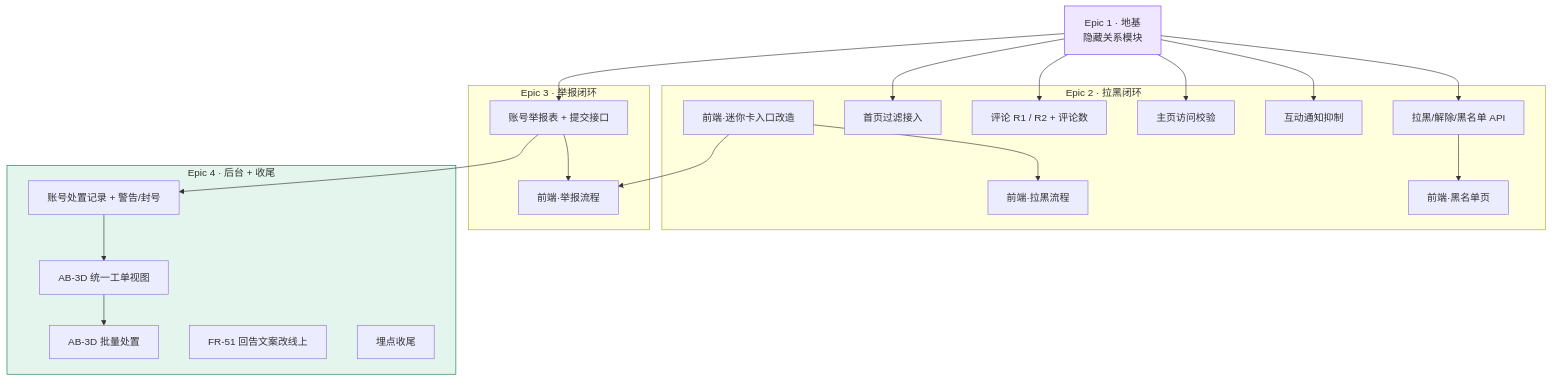
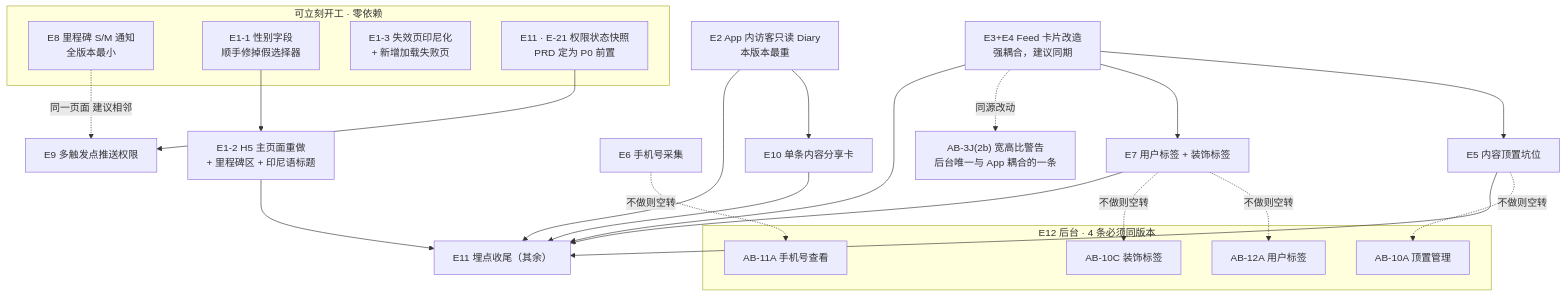
One commit to DaiHanWei/petgo-platform changed the diagram in _bmad-output/planning-artifacts/v1.1.4/工作拆分预览.md. Above: the diagram before and after it, drawn with Mermaid. The commit also changed other lines of this file and 10 other files, not shown here.

````diff
--- a/_bmad-output/planning-artifacts/v1.1.4/工作拆分预览.md
+++ b/_bmad-output/planning-artifacts/v1.1.4/工作拆分预览.md
@@ -24,37 +208,47 @@
 ```mermaid
-flowchart TD
-    E1["Epic 1 · 地基<br/>隐藏关系模块"]
-
-    subgraph E2["Epic 2 · 拉黑闭环"]
-        S3["拉黑/解除/黑名单 API"]
-        S4["首页过滤接入"]
-        S5["评论 R1 / R2 + 评论数"]
-        S6["主页访问校验"]
-        S7["互动通知抑制"]
-        S12["前端·迷你卡入口改造"]
-        S13["前端·拉黑流程"]
-        S14["前端·黑名单页"]
+graph TD
+    subgraph Z["可立刻开工 · 零依赖"]
+        E8["E8 里程碑 S/M 通知<br/>全版本最小"]
+        E1a["E1-1 性别字段<br/>顺手修掉假选择器"]
+        E1c["E1-3 失效页印尼化<br/>+ 新增加载失败页"]
+        E21["E11 · E-21 权限状态快照<br/>PRD 定为 P0 前置"]
     end
 
-    subgraph E3["Epic 3 · 举报闭环"]
-        S8["账号举报表 + 提交接口"]
-        S15["前端·举报流程"]
+    E1b["E1-2 H5 主页面重做<br/>+ 里程碑区 + 印尼语标题"]
+    E2["E2 App 内访客只读 Diary<br/>本版本最重"]
+    E34["E3+E4 Feed 卡片改造<br/>强耦合，建议同期"]
+    E5["E5 内容顶置坑位"]
+    E6["E6 手机号采集"]
+    E7["E7 用户标签 + 装饰标签"]
+    E9["E9 多触发点推送权限"]
+    E10["E10 单条内容分享卡"]
+    E11["E11 埋点收尾（其余）"]
+
+    subgraph BK["E12 后台 · 4 条必须同版本"]
+        AB10A["AB-10A 顶置管理"]
+        AB11A["AB-11A 手机号查看"]
+        AB12A["AB-12A 用户标签"]
+        AB10C["AB-10C 装饰标签"]
     end
+    AB3J["AB-3J(2b) 宽高比警告<br/>后台唯一与 App 耦合的一条"]
 
-    subgraph E4["Epic 4 · 后台 + 收尾"]
-        S9["账号处置记录 + 警告/封号"]
-        S10["AB-3D 统一工单视图"]
-        S11["AB-3D 批量处置"]
-        S16["FR-51 回告文案改线上"]
-        S17["埋点收尾"]
-    end
+    E1a --> E1b
+    E34 --> E5
+    E34 --> E7
+    E34 -.同源改动.-> AB3J
+    E2 --> E10
+    E21 --> E9
+    E8 -.同一页面 建议相邻.-> E9
 
-    E1 --> S3 & S4 & S5 & S6 & S7 & S8
-    S12 --> S13 & S15
-    S3 --> S14
-    S8 --> S9 --> S10 --> S11
-    S8 --> S15
+    E5 -.不做则空转.-> AB10A
+    E6 -.不做则空转.-> AB11A
+    E7 -.不做则空转.-> AB12A
+    E7 -.不做则空转.-> AB10C
 
-    style E1 fill:#EFE6FF,stroke:#7D45F6
-    style E4 fill:#E3F5EC,stroke:#0F7B4F
+    E34 --> E11
+    E5 --> E11
+    E7 --> E11
+    E10 --> E11
+    E1b --> E11
+    E2 --> E11
 ```
````
